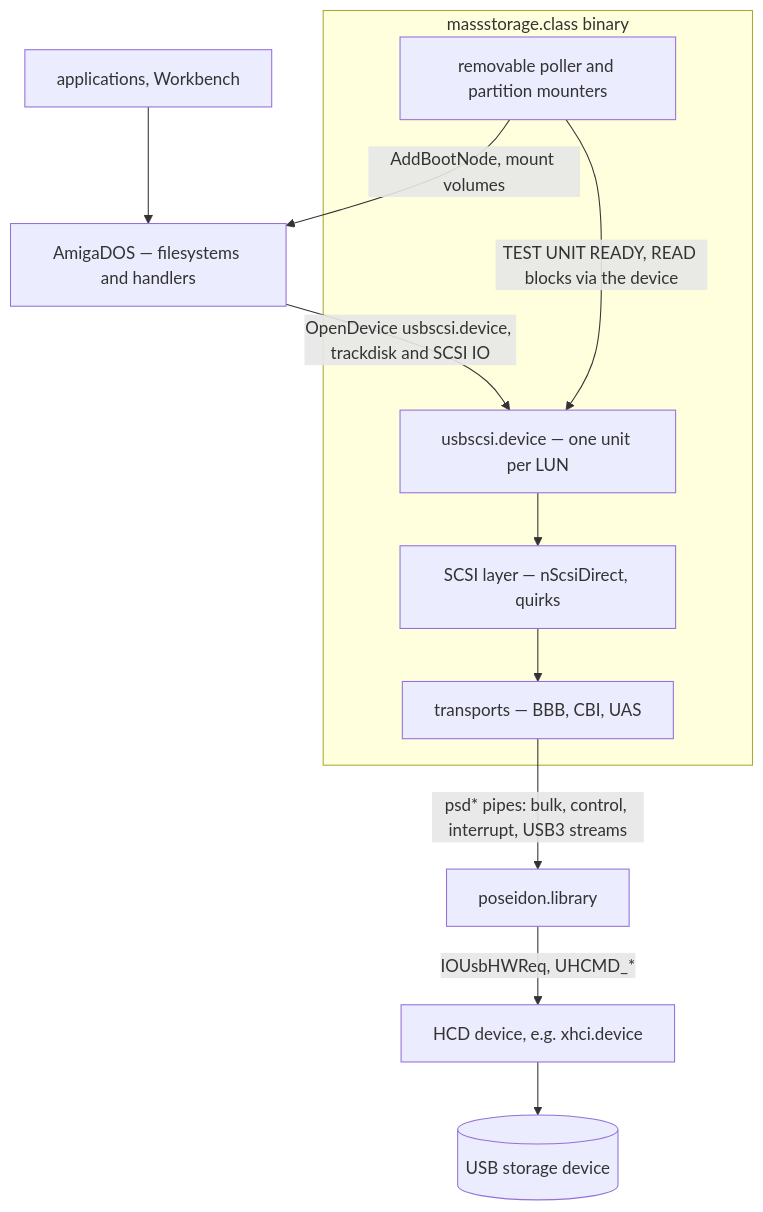
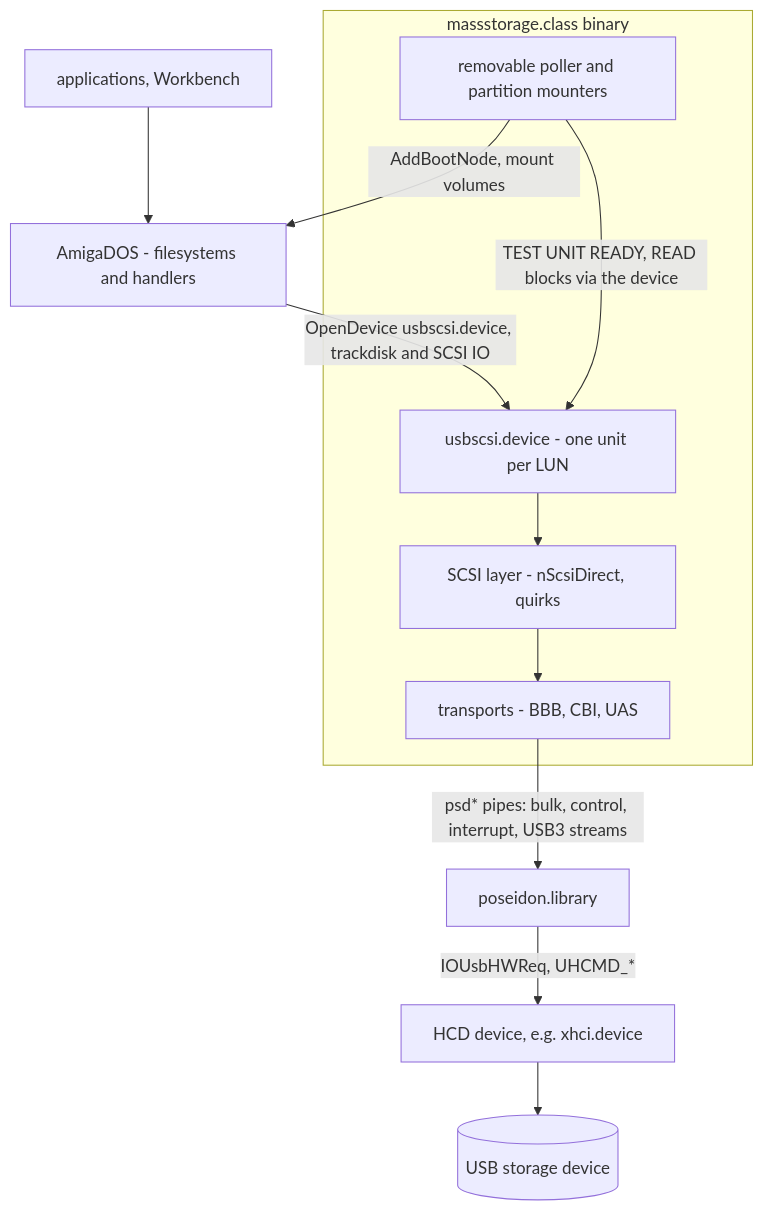
Before and after one commit to rondoval/poseidon-backport: the first of 12 diagrams in docs/massstorage.class-architecture.md, drawn with Mermaid. The commit also changed other lines of this file and 108 other files, not shown here.

````diff
--- a/docs/massstorage.class-architecture.md
+++ b/docs/massstorage.class-architecture.md
@@ -60,23 +60,23 @@
 ```mermaid
 flowchart TB
-    DOS["AmigaDOS — filesystems and handlers"]
+    DOS["AmigaDOS - filesystems and handlers"]
     APP["applications, Workbench"]
     subgraph MS["massstorage.class binary"]
-        DEV["usbscsi.device — one unit per LUN"]
-        SCSI["SCSI layer — nScsiDirect, quirks"]
-        TP["transports — BBB, CBI, UAS"]
+        DEV["usbscsi.device - one unit per LUN"]
+        SCSI["SCSI layer - nScsiDirect, quirks"]
+        TP["transports - BBB, CBI, UAS"]
         MNT["removable poller and partition mounters"]
     end
     PS["poseidon.library"]
     HCD["HCD device, e.g. xhci.device"]
     BUS[("USB storage device")]
 
     APP --> DOS
     DOS -->|"OpenDevice usbscsi.device, trackdisk and SCSI IO"| DEV
     MNT -->|"AddBootNode, mount volumes"| DOS
     DEV --> SCSI --> TP
     MNT -->|"TEST UNIT READY, READ blocks via the device"| DEV
     TP -->|"psd* pipes: bulk, control, interrupt, USB3 streams"| PS
     PS -->|"IOUsbHWReq, UHCMD_*"| HCD
     HCD --> BUS
 ```
````
